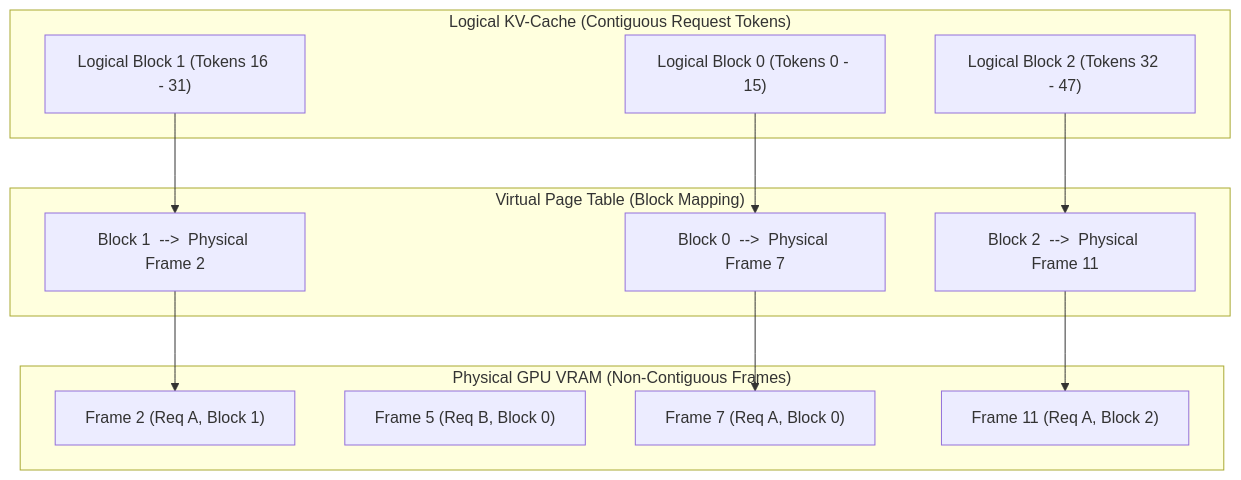
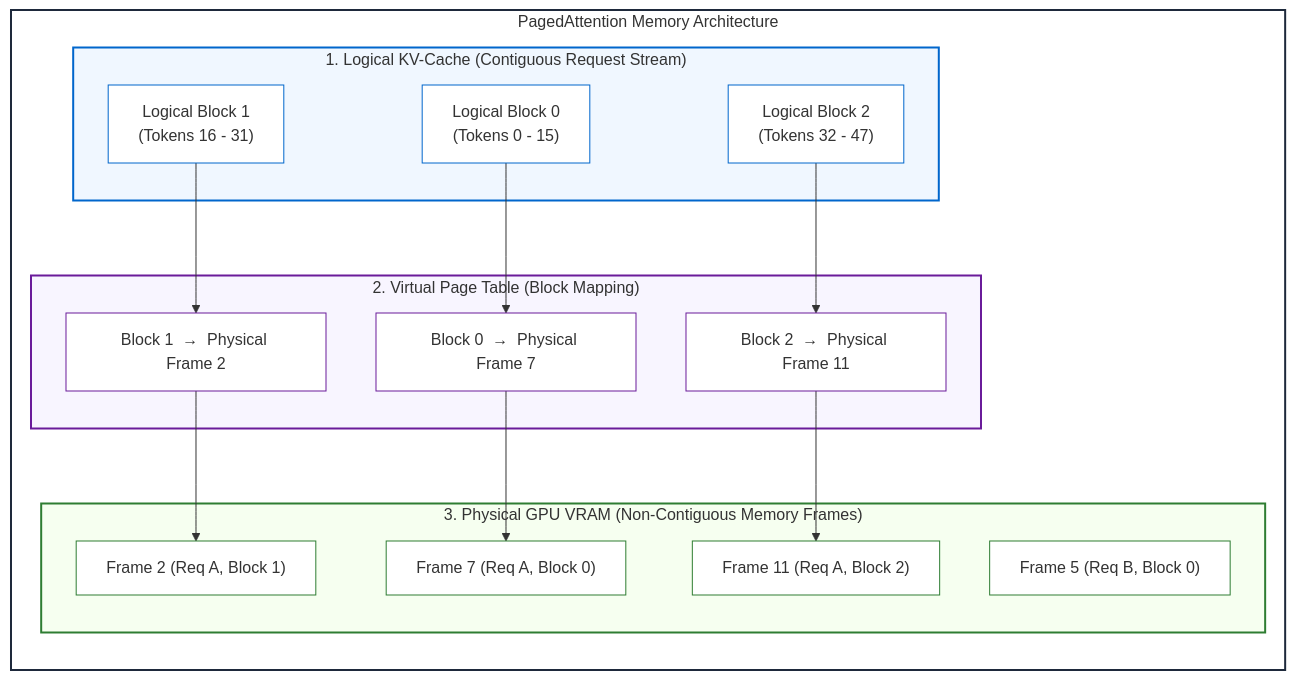
One commit to dip4k/senior-engineer-to-ai-engineer-roadmap changed the third of 3 diagrams in 00-foundations-and-token-mechanics/03-kv-cache-vram-and-bandwidth-physics.md. Above: the diagram before and after it, drawn with Mermaid. The commit also changed other lines of this file and 6 other files, not shown here.

````diff
--- a/00-foundations-and-token-mechanics/03-kv-cache-vram-and-bandwidth-physics.md
+++ b/00-foundations-and-token-mechanics/03-kv-cache-vram-and-bandwidth-physics.md
@@ -263,29 +260,49 @@
 ```mermaid
 flowchart TD
-    subgraph Logical["Logical KV-Cache (Contiguous Request Tokens)"]
-        L0["Logical Block 0 (Tokens 0 - 15)"]
-        L1["Logical Block 1 (Tokens 16 - 31)"]
-        L2["Logical Block 2 (Tokens 32 - 47)"]
+    subgraph PAGED["PagedAttention Memory Architecture"]
+        direction TB
+
+        subgraph LOGICAL["1. Logical KV-Cache (Contiguous Request Stream)"]
+            L0["Logical Block 0<br>(Tokens 0 - 15)"]
+            L1["Logical Block 1<br>(Tokens 16 - 31)"]
+            L2["Logical Block 2<br>(Tokens 32 - 47)"]
+        end
+
+        subgraph PAGETABLE["2. Virtual Page Table (Block Mapping)"]
+            T0["Block 0  →  Physical Frame 7"]
+            T1["Block 1  →  Physical Frame 2"]
+            T2["Block 2  →  Physical Frame 11"]
+        end
+
+        subgraph PHYSICAL["3. Physical GPU VRAM (Non-Contiguous Memory Frames)"]
+            P2["Frame 2 (Req A, Block 1)"]
+            P5["Frame 5 (Req B, Block 0)"]
+            P7["Frame 7 (Req A, Block 0)"]
+            P11["Frame 11 (Req A, Block 2)"]
+        end
+
+        L0 --> T0
+        L1 --> T1
+        L2 --> T2
+
+        T0 --> P7
+        T1 --> P2
+        T2 --> P11
     end
 
-    subgraph PageTable["Virtual Page Table (Block Mapping)"]
-        T0["Block 0  -->  Physical Frame 7"]
-        T1["Block 1  -->  Physical Frame 2"]
-        T2["Block 2  -->  Physical Frame 11"]
-    end
+    style PAGED fill:#ffffff,stroke:#1e293b,stroke-width:2px
+    style LOGICAL fill:#f0f7ff,stroke:#0066cc,stroke-width:2px
+    style PAGETABLE fill:#f8f5ff,stroke:#6a1b9a,stroke-width:2px
+    style PHYSICAL fill:#f6fff0,stroke:#2e7d32,stroke-width:2px
 
-    subgraph Physical["Physical GPU VRAM (Non-Contiguous Frames)"]
-        P2["Frame 2 (Req A, Block 1)"]
-        P5["Frame 5 (Req B, Block 0)"]
-        P7["Frame 7 (Req A, Block 0)"]
-        P11["Frame 11 (Req A, Block 2)"]
-    end
-
-    L0 --> T0
-    L1 --> T1
-    L2 --> T2
-
-    T0 --> P7
-    T1 --> P2
-    T2 --> P11
+    style L0 fill:#ffffff,stroke:#0066cc,stroke-width:1px
+    style L1 fill:#ffffff,stroke:#0066cc,stroke-width:1px
+    style L2 fill:#ffffff,stroke:#0066cc,stroke-width:1px
+    style T0 fill:#ffffff,stroke:#6a1b9a,stroke-width:1px
+    style T1 fill:#ffffff,stroke:#6a1b9a,stroke-width:1px
+    style T2 fill:#ffffff,stroke:#6a1b9a,stroke-width:1px
+    style P2 fill:#ffffff,stroke:#2e7d32,stroke-width:1px
+    style P5 fill:#ffffff,stroke:#2e7d32,stroke-width:1px
+    style P7 fill:#ffffff,stroke:#2e7d32,stroke-width:1px
+    style P11 fill:#ffffff,stroke:#2e7d32,stroke-width:1px
 ```
````
